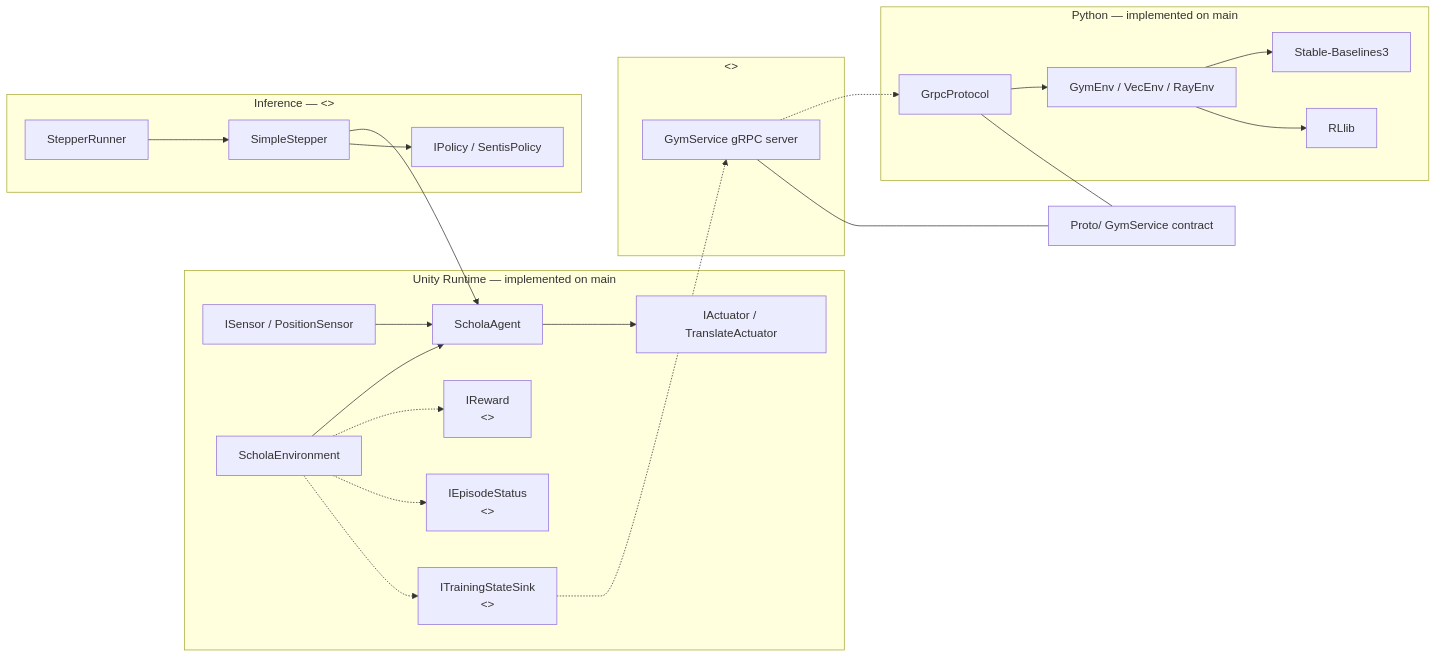
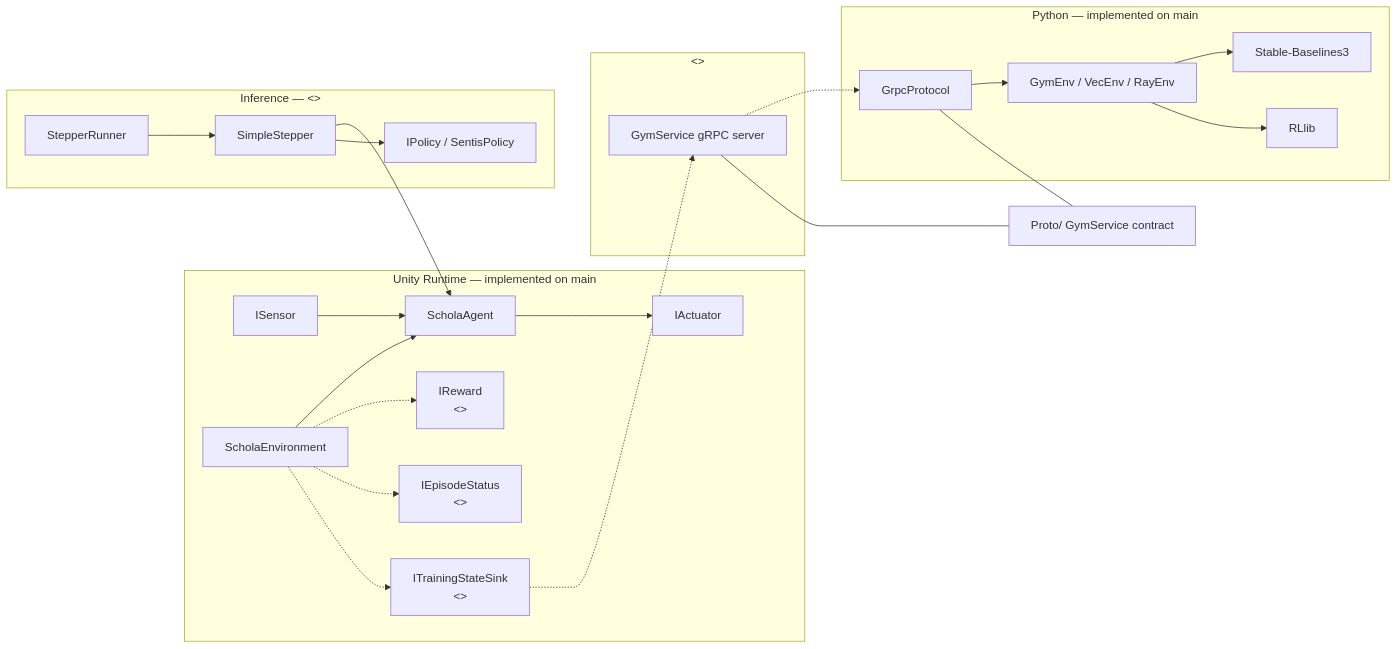
One commit to csc301-2026-f/11-AMD-Schola changed the first of 9 diagrams in Unity/com.amd.schola/Documentation~/architecture/us1-us4-uml.md. Above: the diagram before and after it, drawn with Mermaid. The commit also changed other lines of this file and 18 other files, not shown here.

Commit message:
fix: decouple ScholaAgent from concrete sensors and actuators

````diff
--- a/Unity/com.amd.schola/Documentation~/architecture/us1-us4-uml.md
+++ b/Unity/com.amd.schola/Documentation~/architecture/us1-us4-uml.md
@@ -24,45 +24,45 @@
 ```mermaid
 flowchart LR
   subgraph unityRuntime ["Unity Runtime — implemented on main"]
-    sensors["ISensor / PositionSensor"]
+    sensors["ISensor"]
     agent["ScholaAgent"]
-    actuators["IActuator / TranslateActuator"]
+    actuators["IActuator"]
     env["ScholaEnvironment"]
     reward["IReward\n<<placeholder>>"]
     status["IEpisodeStatus\n<<placeholder>>"]
     sink["ITrainingStateSink\n<<placeholder>>"]
     sensors --> agent
     agent --> actuators
     env --> agent
     env -.-> reward
     env -.-> status
     env -.-> sink
   end
 
   subgraph inferencePath ["Inference — <<US5>>"]
     runner["StepperRunner"]
     stepper["SimpleStepper"]
     policy["IPolicy / SentisPolicy"]
     runner --> stepper
     stepper --> agent
     stepper --> policy
   end
 
   subgraph pythonSide ["Python — implemented on main"]
     grpcClient["GrpcProtocol"]
     gymEnv["GymEnv / VecEnv / RayEnv"]
     grpcClient --> gymEnv
     gymEnv --> sb3["Stable-Baselines3"]
     gymEnv --> rllib["RLlib"]
   end
 
   subgraph missing ["<<notOnMain>>"]
     gymService["GymService gRPC server"]
   end
 
   proto["Proto/ GymService contract"]
   sink -.-> gymService
   gymService -.-> grpcClient
   gymService --- proto
   grpcClient --- proto
 ```
````
